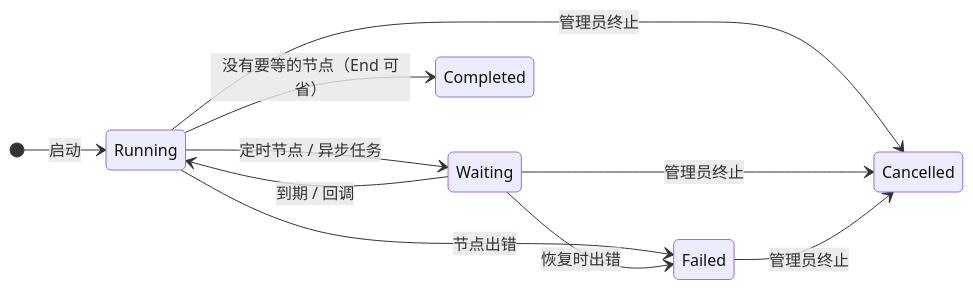
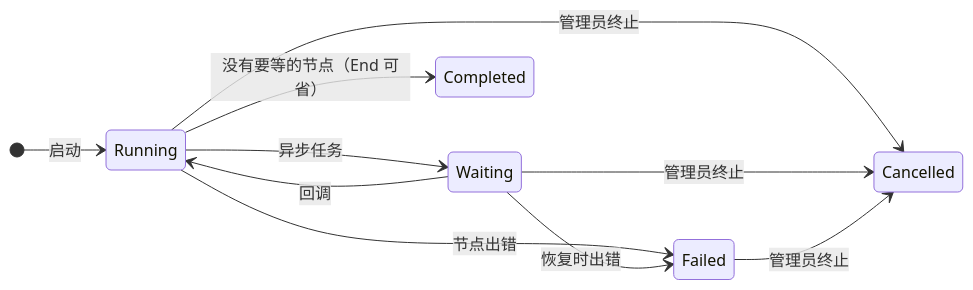
One commit to softa-io/softa-docs changed the second of 2 diagrams in content/zh-CN/docs/features/flow/automation.mdx. Above: the diagram before and after it, drawn with Mermaid. The commit also changed other lines of this file and 27 other files, not shown here.

````diff
--- a/content/zh-CN/docs/features/flow/automation.mdx
+++ b/content/zh-CN/docs/features/flow/automation.mdx
@@ -95,13 +95,13 @@
 ```mermaid
 stateDiagram-v2
     direction LR
     [*] --> Running: 启动
-    Running --> Waiting: 定时节点 / 异步任务
-    Waiting --> Running: 到期 / 回调
+    Running --> Waiting: 异步任务
+    Waiting --> Running: 回调
     Running --> Completed: 没有要等的节点（End 可省）
     Running --> Failed: 节点出错
     Waiting --> Failed: 恢复时出错
     Running --> Cancelled: 管理员终止
     Waiting --> Cancelled: 管理员终止
     Failed --> Cancelled: 管理员终止
 ```
````
